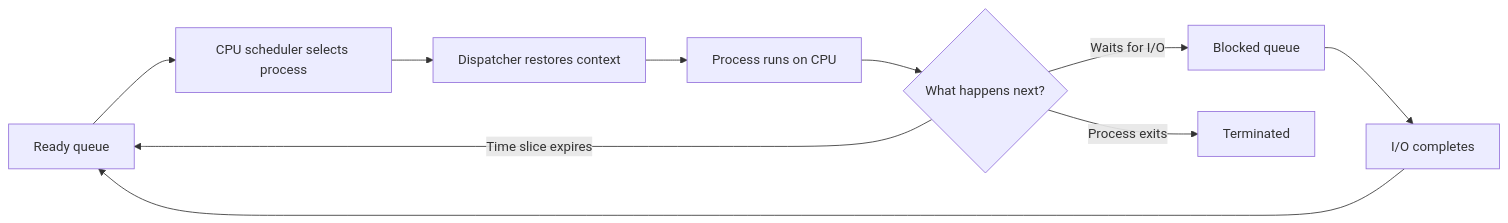
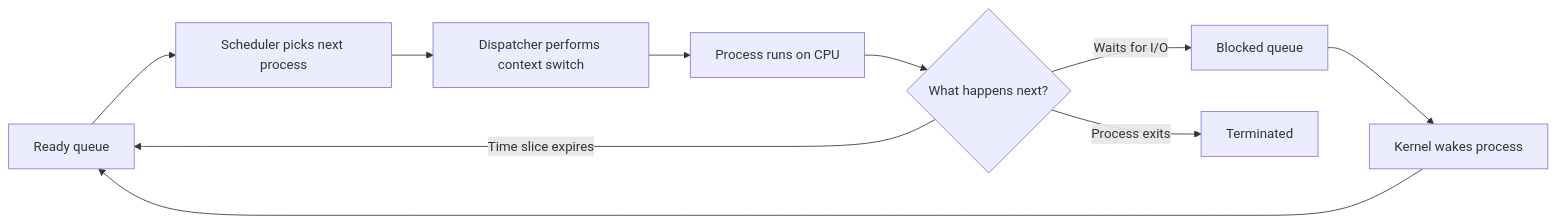
Before and after one commit to Prashant-treat/OS: the fourth of 10 diagrams in diagram.md, drawn with Mermaid. The commit also changed other lines of this file, not shown here.

Commit message:
Revise diagram.md to enhance clarity and organization of OS concepts, updating Mermaid diagrams for architecture, boot process, process scheduling, memory translation, synchronization, deadlock, and file operations.

````diff
--- a/diagram.md
+++ b/diagram.md
@@ -75,12 +62,12 @@
 ```mermaid
 flowchart LR
-		A[Ready queue] --> B[CPU scheduler selects process]
-		B --> C[Dispatcher restores context]
-		C --> D[Process runs on CPU]
-		D --> E{What happens next?}
-		E -- Time slice expires --> A
-		E -- Waits for I/O --> F[Blocked queue]
-		F --> G[I/O completes]
-		G --> A
-		E -- Process exits --> H[Terminated]
+    A[Ready queue] --> B[Scheduler picks next process]
+    B --> C[Dispatcher performs context switch]
+    C --> D[Process runs on CPU]
+    D --> E{What happens next?}
+    E -- Time slice expires --> A
+    E -- Waits for I/O --> F[Blocked queue]
+    F --> G[Kernel wakes process]
+    G --> A
+    E -- Process exits --> H[Terminated]
 ```
````
